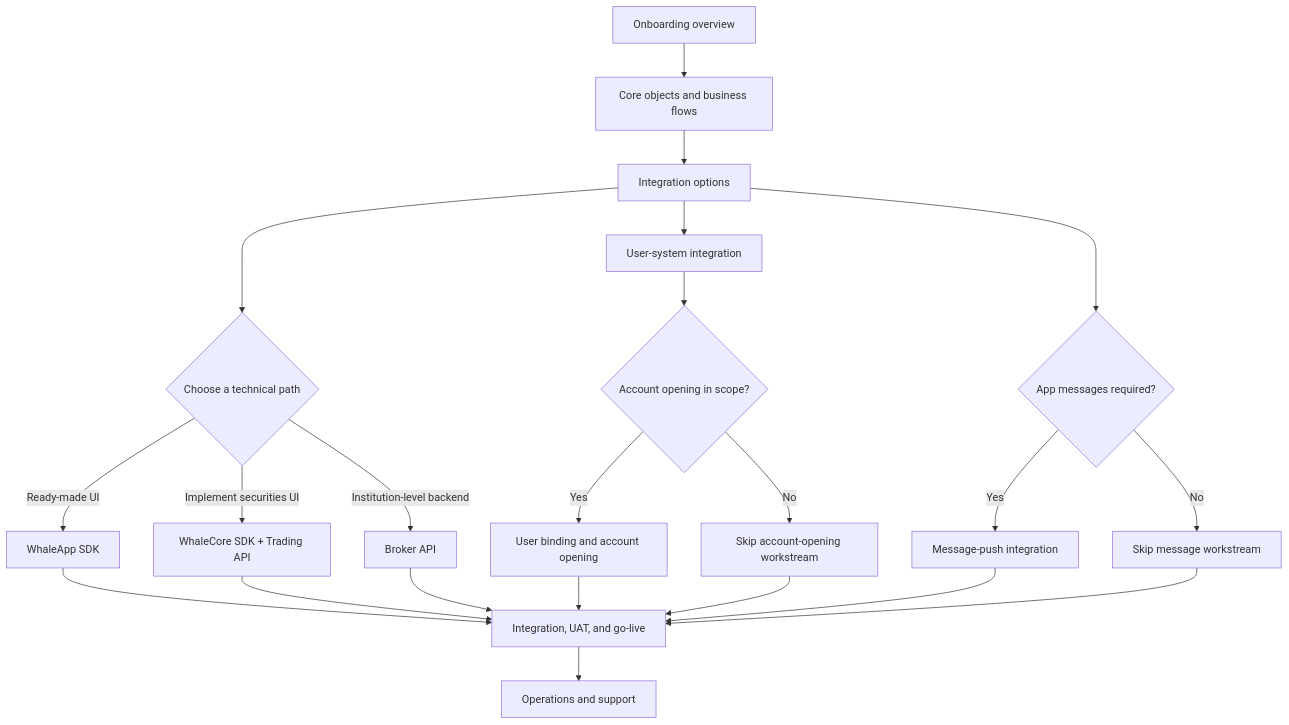
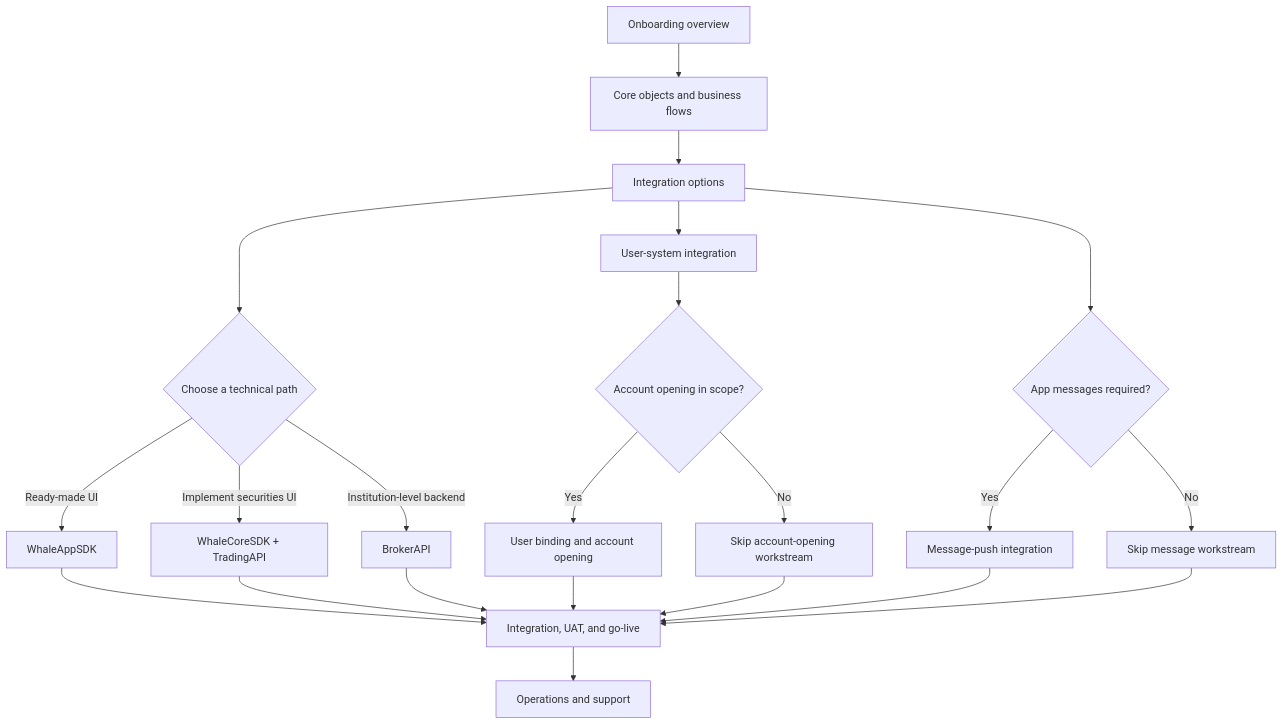
The first of 2 diagrams in docs/en/docs/broker-onboarding.mdx (longbridge/whale-docs), drawn with Mermaid before and after one commit. The commit also changed other lines of this file and 120 other files, not shown here.

````diff
--- a/docs/en/docs/broker-onboarding.mdx
+++ b/docs/en/docs/broker-onboarding.mdx
@@ -14,24 +14,24 @@
 ```mermaid
 flowchart TD
     A[Onboarding overview] --> B[Core objects and business flows]
     B --> C[Integration options]
     C --> D{Choose a technical path}
-    D -->|Ready-made UI| E[WhaleApp SDK]
-    D -->|Implement securities UI| F[WhaleCore SDK + Trading API]
-    D -->|Institution-level backend| G[Broker API]
+    D -->|Ready-made UI| E[WhaleAppSDK]
+    D -->|Implement securities UI| F[WhaleCoreSDK + TradingAPI]
+    D -->|Institution-level backend| G[BrokerAPI]
     C --> H[User-system integration]
     H --> I{Account opening in scope?}
     I -->|Yes| J[User binding and account opening]
     I -->|No| K[Skip account-opening workstream]
     C --> L{App messages required?}
     L -->|Yes| M[Message-push integration]
     L -->|No| N[Skip message workstream]
     E --> O[Integration, UAT, and go-live]
     F --> O
     G --> O
     J --> O
     K --> O
     M --> O
     N --> O
     O --> P[Operations and support]
 ```
````
